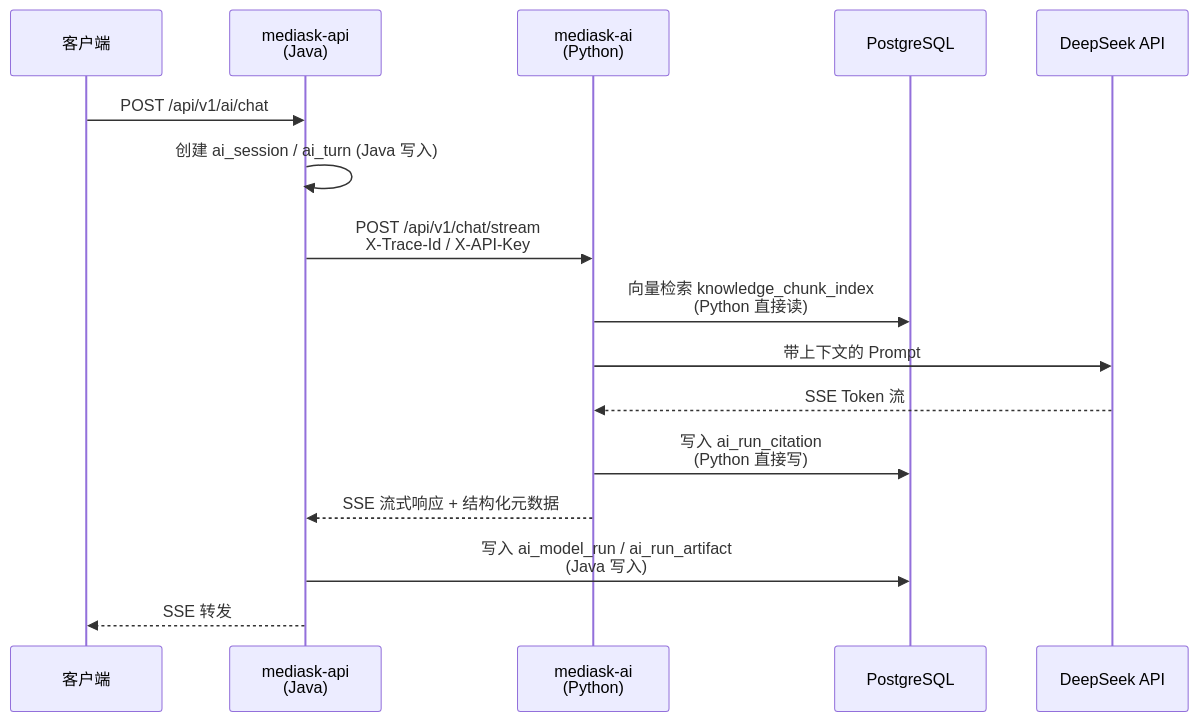
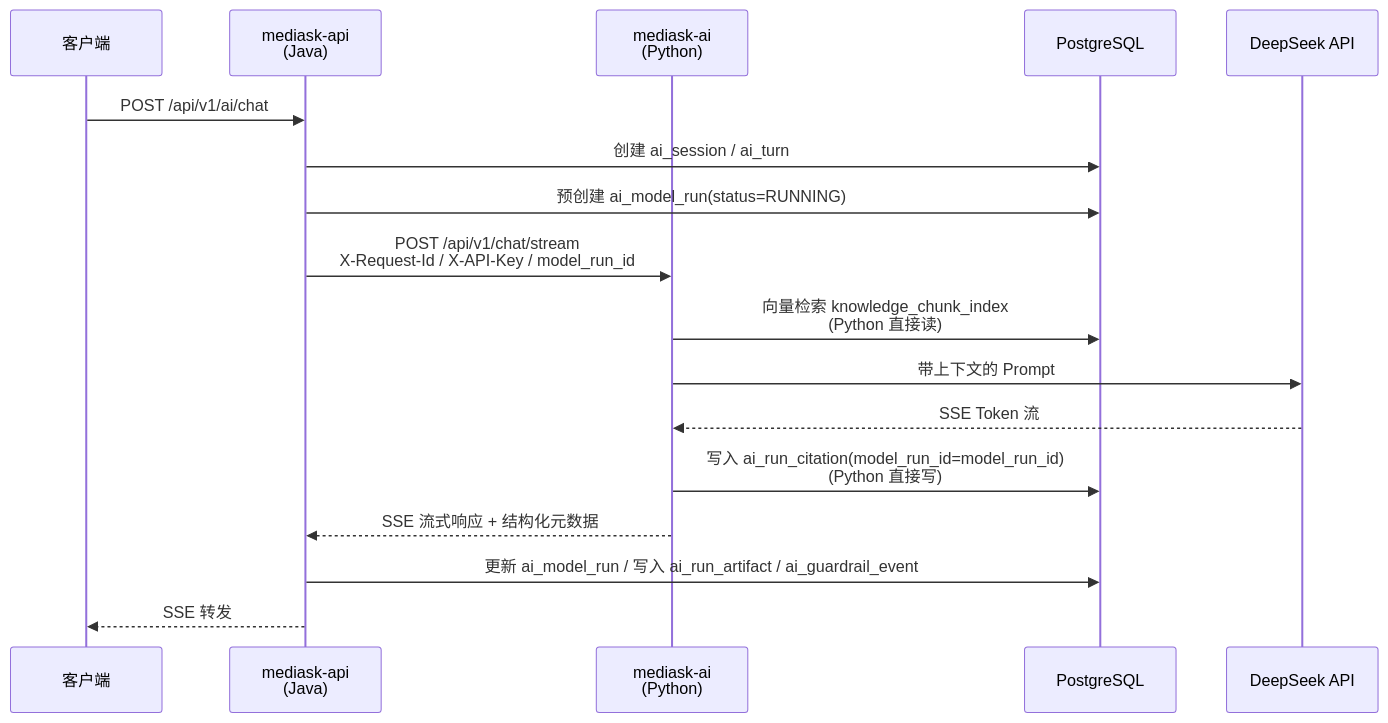
One commit to JianwenShaw/MediAskDocs changed the third of 5 diagrams in docs/01-OVERVIEW.md. Above: the diagram before and after it, drawn with Mermaid. The commit also changed other lines of this file and 31 other files, not shown here.

Commit message:
feat: architecture refactor

````diff
--- a/docs/01-OVERVIEW.md
+++ b/docs/01-OVERVIEW.md
@@ -363,19 +368,20 @@
 ```mermaid
 sequenceDiagram
     participant Client as 客户端
     participant API as mediask-api<br/>(Java)
     participant AI as mediask-ai<br/>(Python)
     participant PG as PostgreSQL
     participant LLM as DeepSeek API
 
     Client->>API: POST /api/v1/ai/chat
-    API->>API: 创建 ai_session / ai_turn (Java 写入)
-    API->>AI: POST /api/v1/chat/stream<br/>X-Trace-Id / X-API-Key
+    API->>PG: 创建 ai_session / ai_turn
+    API->>PG: 预创建 ai_model_run(status=RUNNING)
+    API->>AI: POST /api/v1/chat/stream<br/>X-Request-Id / X-API-Key / model_run_id
     AI->>PG: 向量检索 knowledge_chunk_index<br/>(Python 直接读)
     AI->>LLM: 带上下文的 Prompt
     LLM-->>AI: SSE Token 流
-    AI->>PG: 写入 ai_run_citation<br/>(Python 直接写)
+    AI->>PG: 写入 ai_run_citation(model_run_id=model_run_id)<br/>(Python 直接写)
     AI-->>API: SSE 流式响应 + 结构化元数据
-    API->>PG: 写入 ai_model_run / ai_run_artifact<br/>(Java 写入)
+    API->>PG: 更新 ai_model_run / 写入 ai_run_artifact / ai_guardrail_event
     API-->>Client: SSE 转发
 ```
````
